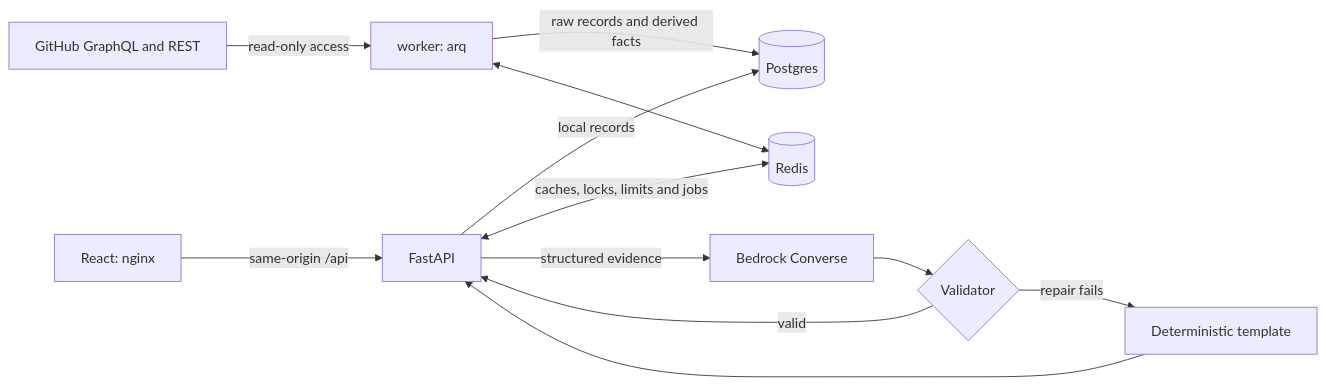
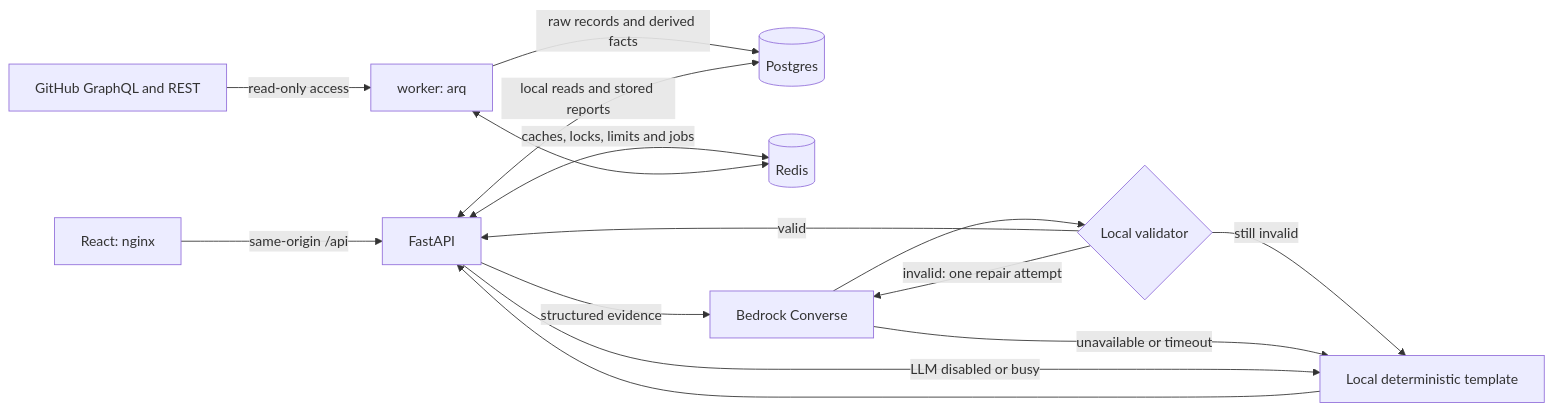
The diagram in docs/REFERENCE.md (jiajunyang6/delivery-insights), drawn with Mermaid before and after one commit. The commit also changed other lines of this file and 7 other files, not shown here.

````diff
--- a/docs/REFERENCE.md
+++ b/docs/REFERENCE.md
@@ -34,14 +34,17 @@
 ```mermaid
 flowchart LR
   GH[GitHub GraphQL and REST] -->|read-only access| W[worker: arq]
   W -->|raw records and derived facts| PG[(Postgres)]
   UI[React: nginx] -->|same-origin /api| API[FastAPI]
-  API -->|local records| PG
+  API <-->|local reads and stored reports| PG
   API <-->|caches, locks, limits and jobs| R[(Redis)]
   W <--> R
   API -->|structured evidence| BR[Bedrock Converse]
-  BR --> V{Validator}
+  BR --> V{Local validator}
   V -->|valid| API
-  V -->|repair fails| T[Deterministic template]
+  V -->|invalid: one repair attempt| BR
+  V -->|still invalid| T[Local deterministic template]
+  BR -->|unavailable or timeout| T
+  API -->|LLM disabled or busy| T
   T --> API
 ```
````
